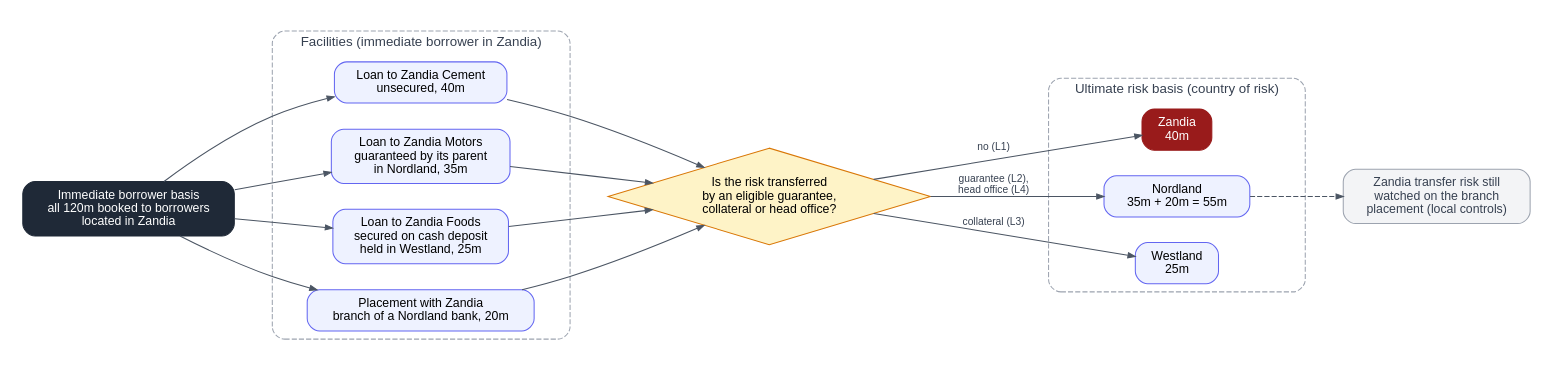
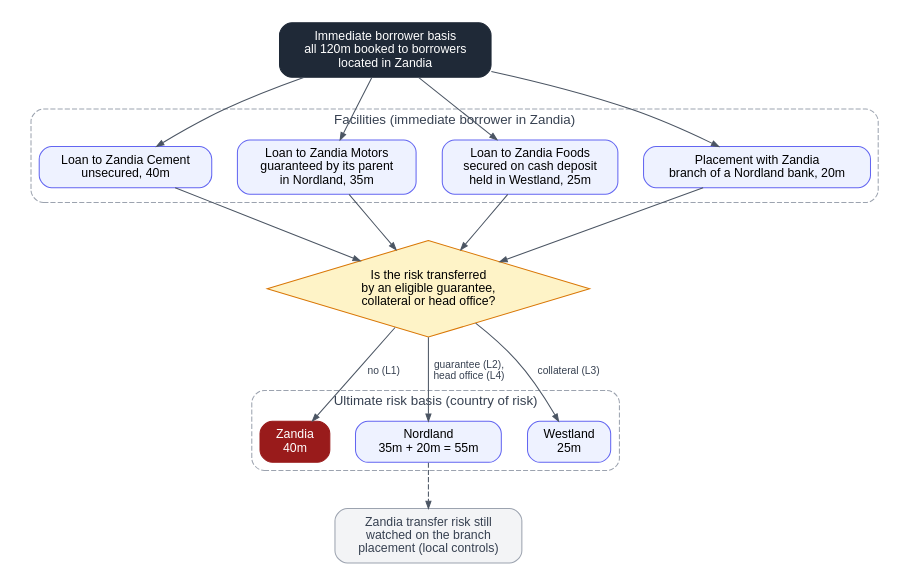
One commit to datamitguy/AI-explaiers changed the diagram in docs/credit-risk-bible/diagrams/26-ultimate-risk-reallocation.dot. Above: the diagram before and after it, drawn with Graphviz. The commit also changed 2 other files, not shown here.

```diff
--- a/docs/credit-risk-bible/diagrams/26-ultimate-risk-reallocation.dot
+++ b/docs/credit-risk-bible/diagrams/26-ultimate-risk-reallocation.dot
@@ -1,33 +1,33 @@
 digraph UltimateRiskReallocation {
-  graph [rankdir=LR, splines=true, nodesep=0.35, ranksep=0.6, fontname="Helvetica", fontsize=13, bgcolor="white", newrank=true, pad=0.2];
+  graph [rankdir=TB, splines=true, nodesep=0.35, ranksep=0.6, fontname="Helvetica", fontsize=13, bgcolor="white", newrank=true, pad=0.2];
   node  [shape=box, style="rounded,filled", fillcolor="#eef2ff", color="#6366f1", fontname="Helvetica", fontsize=12, margin="0.18,0.10"];
   edge  [color="#4b5563", arrowsize=0.7, fontname="Helvetica", fontsize=10, fontcolor="#374151"];
 
   Start [label="Immediate borrower basis\nall 120m booked to borrowers\nlocated in Zandia", fillcolor="#1f2937", fontcolor="white", color="#1f2937"];
 
   subgraph cluster_items {
     label="Facilities (immediate borrower in Zandia)"; style="rounded,dashed"; color="#9ca3af"; fontcolor="#374151";
     L1 [label="Loan to Zandia Cement\nunsecured, 40m"];
     L2 [label="Loan to Zandia Motors\nguaranteed by its parent\nin Nordland, 35m"];
     L3 [label="Loan to Zandia Foods\nsecured on cash deposit\nheld in Westland, 25m"];
     L4 [label="Placement with Zandia\nbranch of a Nordland bank, 20m"];
   }
 
   Q [label="Is the risk transferred\nby an eligible guarantee,\ncollateral or head office?", shape=diamond, style=filled, fillcolor="#fef3c7", color="#d97706", margin="0.05,0.05"];
 
   subgraph cluster_result {
     label="Ultimate risk basis (country of risk)"; style="rounded,dashed"; color="#9ca3af"; fontcolor="#374151";
     Z [label="Zandia\n40m", fillcolor="#991b1b", fontcolor="white", color="#991b1b"];
     N [label="Nordland\n35m + 20m = 55m"];
     W [label="Westland\n25m"];
   }
 
   Note [label="Zandia transfer risk still\nwatched on the branch\nplacement (local controls)", fillcolor="#f3f4f6", color="#9ca3af", fontcolor="#374151"];
 
   Start -> {L1 L2 L3 L4};
   {L1 L2 L3 L4} -> Q;
   Q -> Z  [label=" no (L1)"];
   Q -> N  [label=" guarantee (L2),\n head office (L4)"];
   Q -> W  [label=" collateral (L3)"];
   N -> Note [style=dashed];
 }
```
